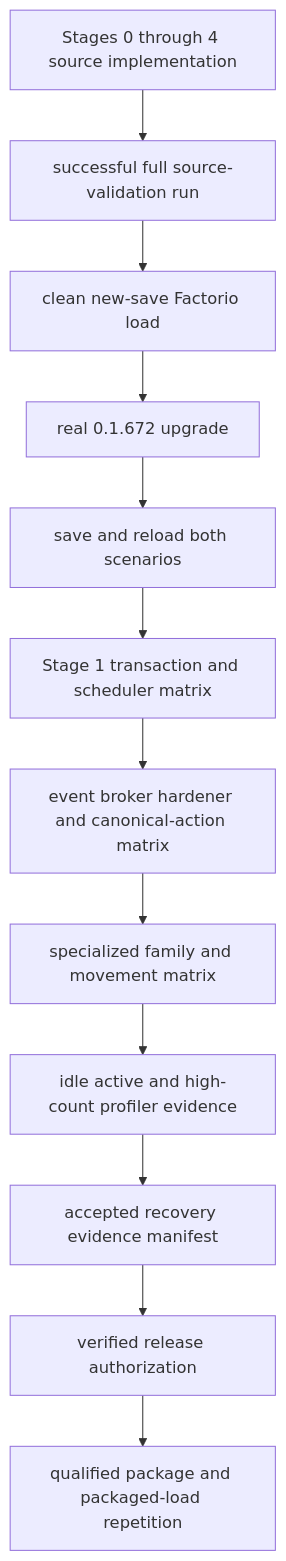
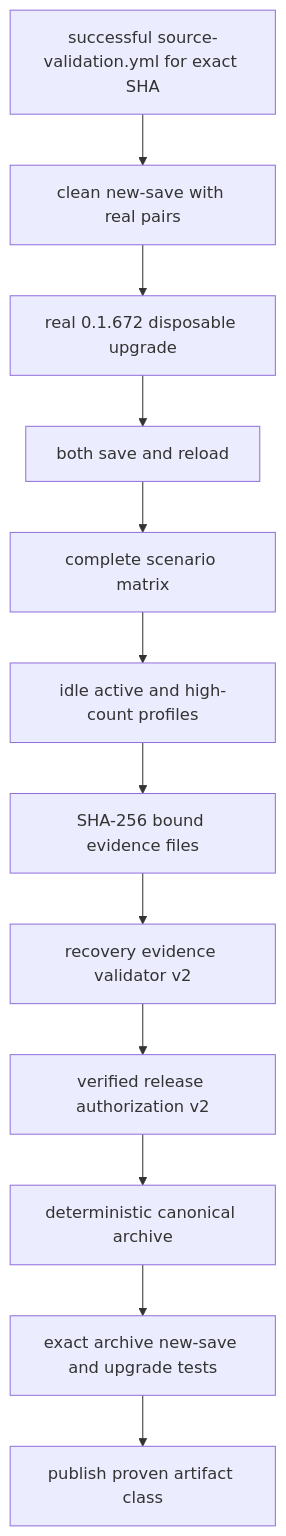
Diagram 11 of 11 in docs/RECOVERY_AUTHORITY_MAP_CURRENT.md (mrcalzon02/Tech-Priests), drawn with Mermaid before and after one commit. The commit also changed other lines of this file, not shown here.

Commit message:
Map broker-first hardener recovery

````diff
--- a/docs/RECOVERY_AUTHORITY_MAP_CURRENT.md
+++ b/docs/RECOVERY_AUTHORITY_MAP_CURRENT.md
@@ -369,17 +248,17 @@
 ```mermaid
 flowchart TD
-    Source[Stages 0 through 4 source implementation]
-    CI[successful full source-validation run]
-    Load[clean new-save Factorio load]
-    Upgrade[real 0.1.672 upgrade]
-    Reload[save and reload both scenarios]
-    Stage1[Stage 1 transaction and scheduler matrix]
-    Spine[event broker hardener and canonical-action matrix]
-    Families[specialized family and movement matrix]
-    Profile[idle active and high-count profiler evidence]
-    Evidence[accepted recovery evidence manifest]
-    Authorization[verified release authorization]
-    Package[qualified package and packaged-load repetition]
+    CI[successful source-validation.yml for exact SHA]
+    New[clean new-save with real pairs]
+    Upgrade[real 0.1.672 disposable upgrade]
+    Reload[both save and reload]
+    Matrix[complete scenario matrix]
+    Profiles[idle active and high-count profiles]
+    Digests[SHA-256 bound evidence files]
+    Validator[recovery evidence validator v2]
+    Authorization[verified release authorization v2]
+    Package[deterministic canonical archive]
+    PackageTests[exact archive new-save and upgrade tests]
+    Publish[publish proven artifact class]
 
-    Source --> CI --> Load --> Upgrade --> Reload --> Stage1 --> Spine --> Families --> Profile --> Evidence --> Authorization --> Package
+    CI --> New --> Upgrade --> Reload --> Matrix --> Profiles --> Digests --> Validator --> Authorization --> Package --> PackageTests --> Publish
 ```
````
